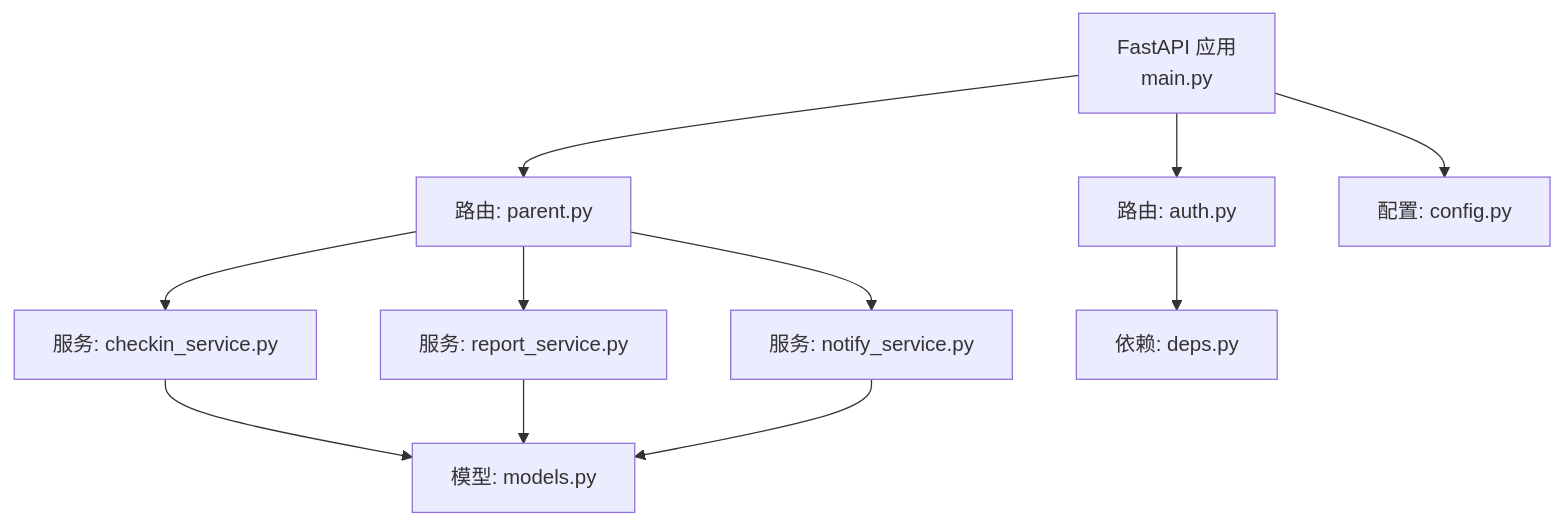
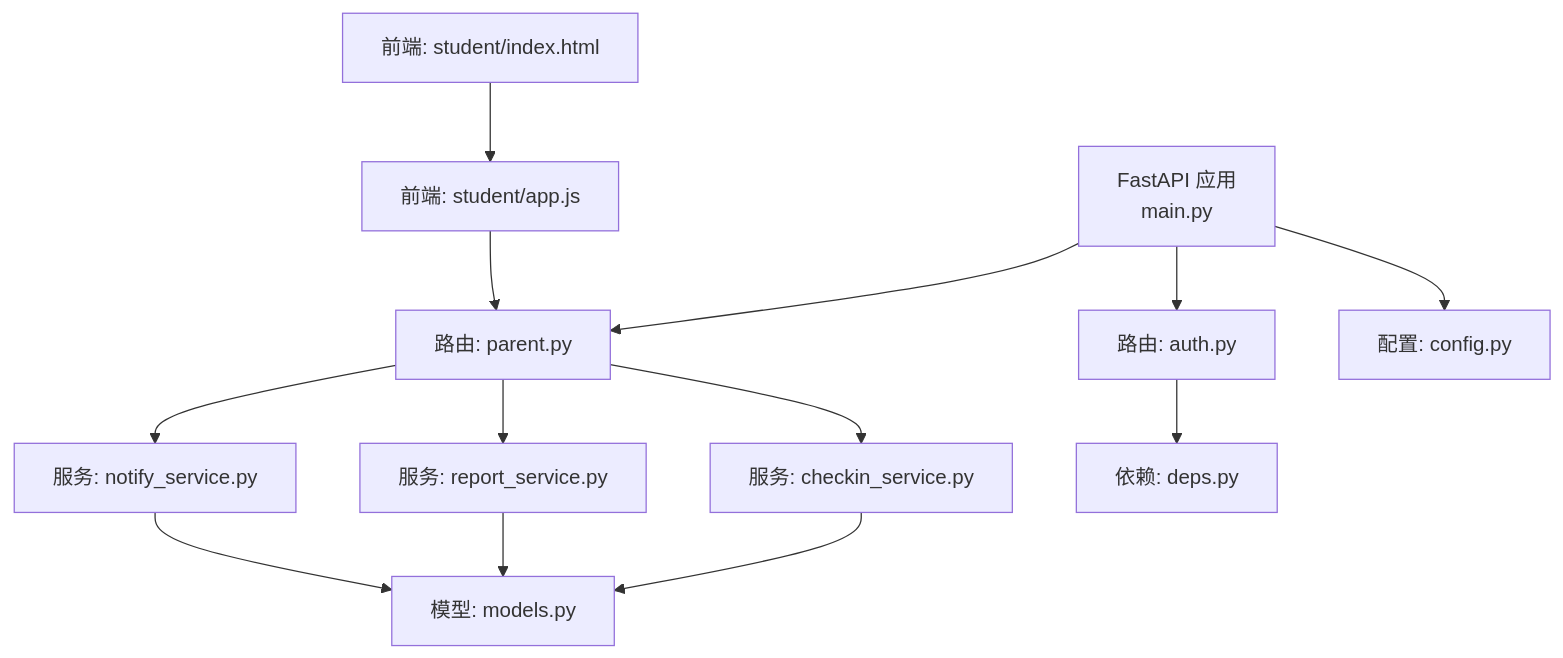
One commit to onebody/homework changed the first of 8 diagrams in .qoder/repowiki/zh/content/暑假作业打卡系统/后端服务架构/路由层设计/家长监督路由.md. Above: the diagram before and after it, drawn with Mermaid. The commit also changed other lines of this file and 10 other files, not shown here.

````diff
--- a/.qoder/repowiki/zh/content/暑假作业打卡系统/后端服务架构/路由层设计/家长监督路由.md
+++ b/.qoder/repowiki/zh/content/暑假作业打卡系统/后端服务架构/路由层设计/家长监督路由.md
@@ -42,13 +51,15 @@
 ```mermaid
 graph TB
 A["FastAPI 应用<br/>main.py"] --> B["路由: parent.py"]
 A --> C["路由: auth.py"]
 B --> D["服务: checkin_service.py"]
 B --> E["服务: report_service.py"]
 B --> F["服务: notify_service.py"]
 D --> G["模型: models.py"]
 E --> G
 F --> G
 C --> H["依赖: deps.py"]
 A --> I["配置: config.py"]
+J["前端: student/app.js"] --> B
+K["前端: student/index.html"] --> J
 ```
````
